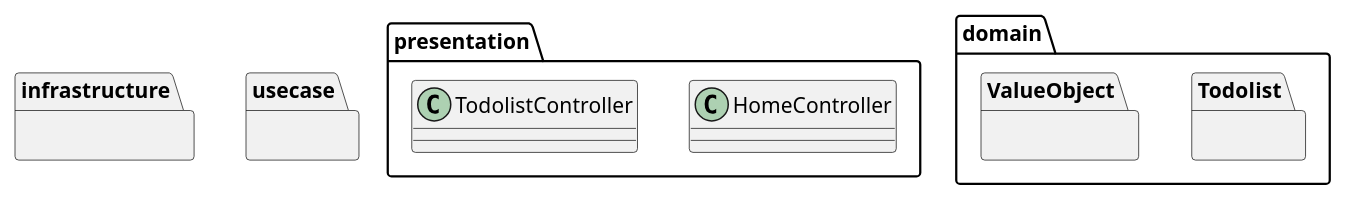
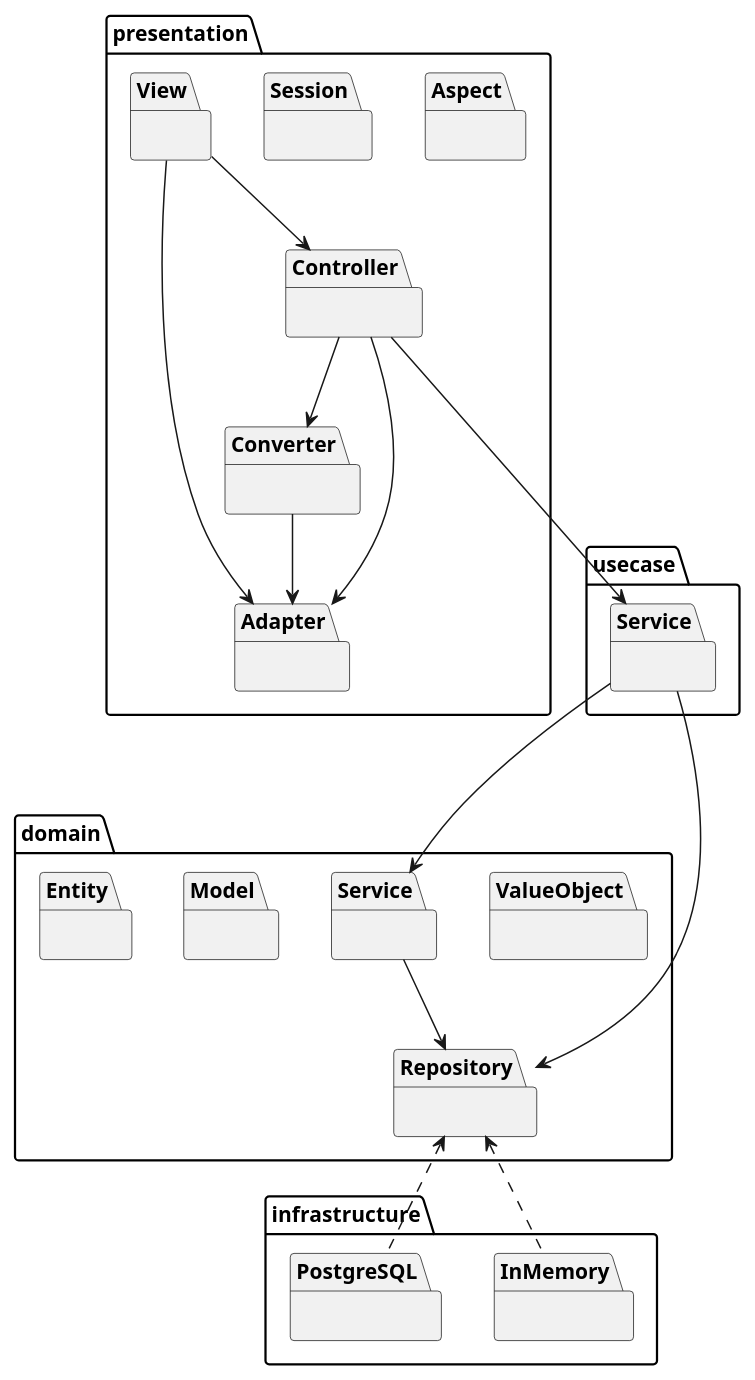
The diagram in docs/class.pu (takku66/Yabomu), drawn with PlantUML before and after one commit. The commit also changed 40 other files, not shown here.

```diff
--- a/docs/class.pu
+++ b/docs/class.pu
@@ -1,31 +1,75 @@
 @startuml
 
 package presentation {
-    class HomeController {
+    package Controller as p_ctl {
 
     }
-    class TodolistController {
-        
+    package Aspect as p_asp {
+
+    }
+    package Session as p_ssn {
+
+    }
+    package View as p_vw {
+
+    }
+    package Adapter as p_adp {
+
+    }
+    package Converter as p_cvtr {
+
     }
 }
 
 package domain {
-    package Todolist {
-        
+    package ValueObject as d_vo {
+
     }
 
-    package ValueObject {
+    package Service as d_svc {
+
+    }
+
+    package Repository as d_rp {
+
+    }
+
+    package Model as d_mdl {
+
+    }
+    package Entity as d_ety {
 
     }
 }
 
 package infrastructure {
-    
+    package InMemory as i_im {
+
+    }
+    package PostgreSQL as i_pgsql {
+
+    }
 }
 
 package usecase {
-    
+    package Service as u_svc {
+
+    }
 }
 
 
+/' プレゼンテーション層の依存関係 '/
+p_vw --> p_ctl
+p_vw --> p_adp
+p_ctl --> p_adp
+p_ctl --> p_cvtr
+p_cvtr --> p_adp
+p_ctl ---> u_svc
+u_svc ---> d_rp
+u_svc ---> d_svc
+d_svc --> d_rp
+d_rp <.. i_im
+d_rp <.. i_pgsql
+
+
 @enduml
```
